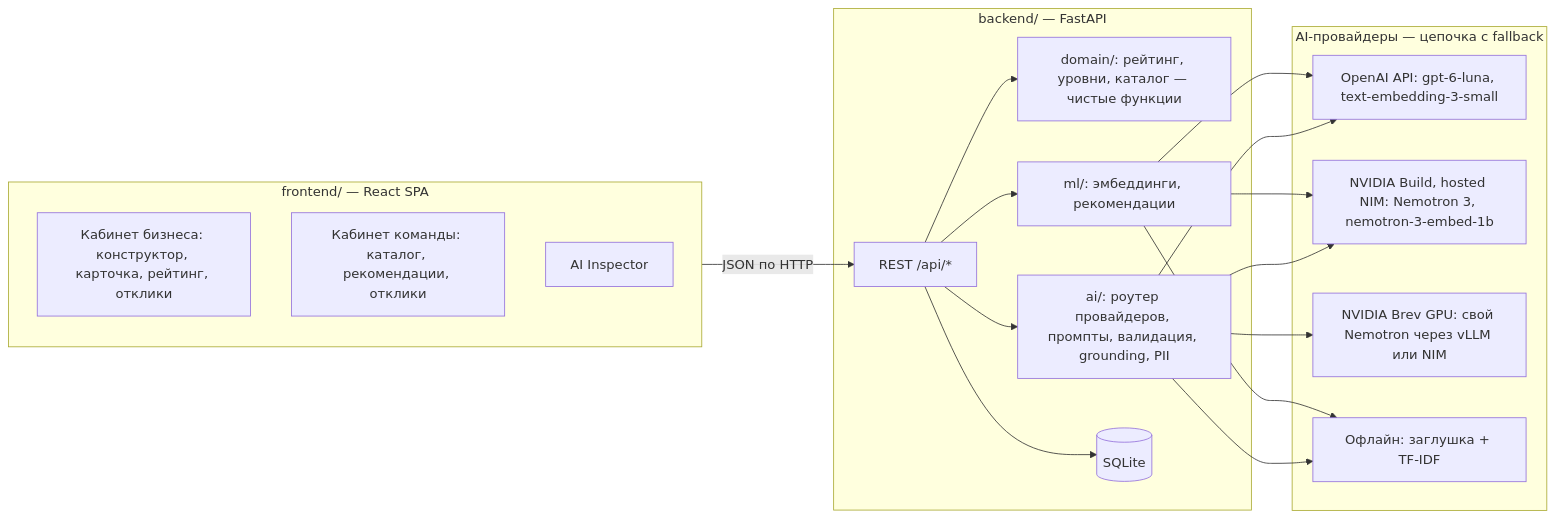
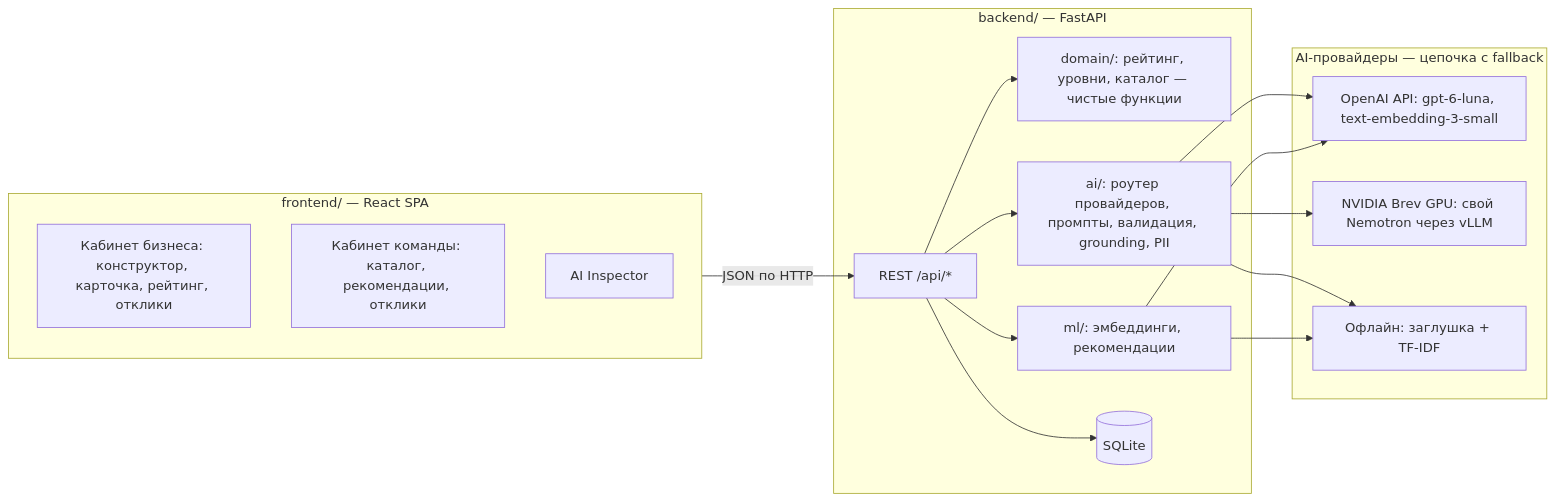
One commit to BAITC-Hacks/hack-4b695b60-ai-just changed the first of 6 diagrams in docs/architecture.md. Above: the diagram before and after it, drawn with Mermaid. The commit also changed other lines of this file and 33 other files, not shown here.

````diff
--- a/docs/architecture.md
+++ b/docs/architecture.md
@@ -7,36 +7,33 @@
 ```mermaid
 flowchart LR
     subgraph FE["frontend/ — React SPA"]
         UIB["Кабинет бизнеса: конструктор, карточка, рейтинг, отклики"]
         UIT["Кабинет команды: каталог, рекомендации, отклики"]
         UII["AI Inspector"]
     end
 
     subgraph BE["backend/ — FastAPI"]
         API["REST /api/*"]
         DOM["domain/: рейтинг, уровни, каталог — чистые функции"]
         AI["ai/: роутер провайдеров, промпты, валидация, grounding, PII"]
         ML["ml/: эмбеддинги, рекомендации"]
         DB[("SQLite")]
     end
 
     subgraph PR["AI-провайдеры — цепочка с fallback"]
         OAI["OpenAI API: gpt-6-luna, text-embedding-3-small"]
-        NV["NVIDIA Build, hosted NIM: Nemotron 3, nemotron-3-embed-1b"]
-        BREV["NVIDIA Brev GPU: свой Nemotron через vLLM или NIM"]
+        BREV["NVIDIA Brev GPU: свой Nemotron через vLLM"]
         STUB["Офлайн: заглушка + TF-IDF"]
     end
 
     FE -->|"JSON по HTTP"| API
     API --> DOM
     API --> AI
     API --> ML
     API --> DB
     AI --> OAI
-    AI --> NV
     AI --> BREV
     AI --> STUB
-    ML --> NV
     ML --> OAI
     ML --> STUB
 ```
````
